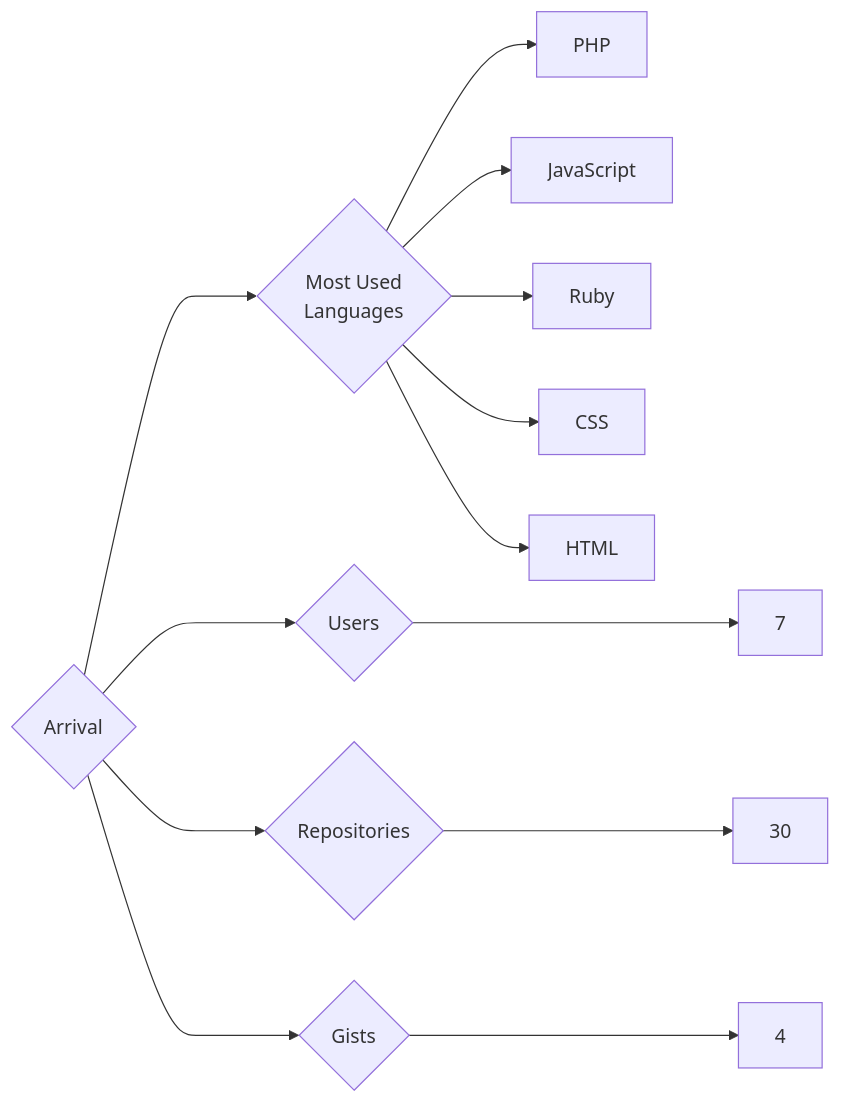
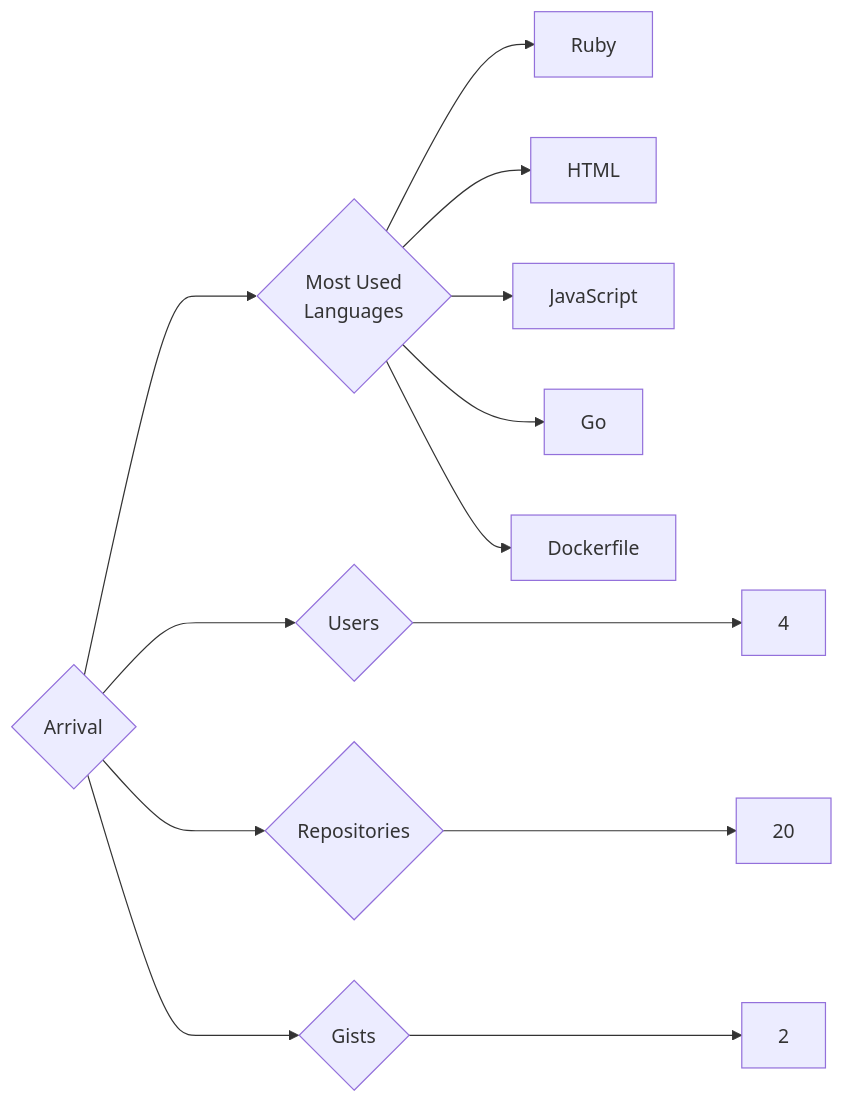
The diagram in targets/Arrival/README.md (trickest/insiders), drawn with Mermaid before and after one commit. The commit also changed 1084 other files, not shown here.

````diff
--- a/targets/Arrival/README.md
+++ b/targets/Arrival/README.md
@@ -3,13 +3,13 @@
 ```mermaid
 graph LR
 COMPANY_NAME{Arrival}
-COMPANY_NAME ---> U{Users} ---> UN[7]
-COMPANY_NAME ---> R{Repositories} ---> RN[30]
-COMPANY_NAME ---> G{Gists} ---> GN[4]
+COMPANY_NAME ---> U{Users} ---> UN[4]
+COMPANY_NAME ---> R{Repositories} ---> RN[20]
+COMPANY_NAME ---> G{Gists} ---> GN[2]
 COMPANY_NAME ---> ML{Most Used<br>Languages}
-ML --> PHP[PHP]
+ML --> Ruby[Ruby]
+ML --> HTML[HTML]
 ML --> JavaScript[JavaScript]
-ML --> Ruby[Ruby]
-ML --> CSS[CSS]
-ML --> HTML[HTML]
+ML --> Go[Go]
+ML --> Dockerfile[Dockerfile]
 ```
````
